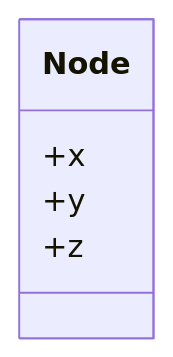
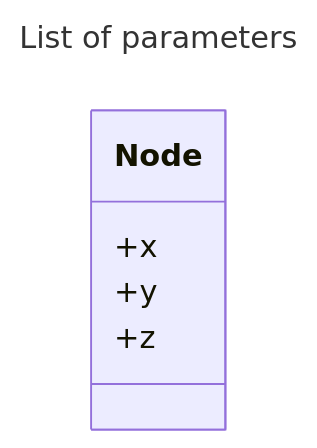
Before and after one commit to PYBrulin/axone: the fourth of 5 diagrams in README.md, drawn with Mermaid. The commit also changed other lines of this file, not shown here.

Commit message:
Add network configuration file support and updatecommunication diagrams

````diff
--- a/README.md
+++ b/README.md
@@ -170,8 +209,12 @@
 ```mermaid
+---
+title: List of parameters
+---
 classDiagram
+    direction LR
     class Node{
         +x
         +y
         +z
     }
 ```
````
